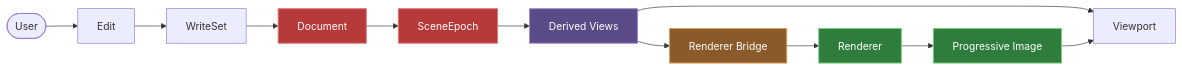
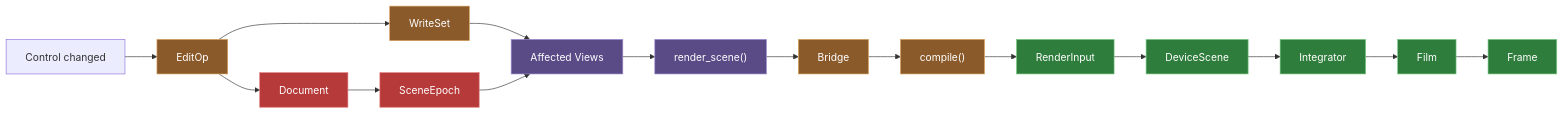
The second of 4 diagrams in README.md (nicolasgfx/Portfolio), drawn with Mermaid before and after one commit. The commit also changed other lines of this file, not shown here.

````diff
--- a/README.md
+++ b/README.md
@@ -322,18 +258,32 @@
 ```mermaid
 flowchart LR
-    User(["User"]) --> Edit["Edit"] --> WriteSet["WriteSet"] --> Document["Document"]
-    Document --> SceneEpoch["SceneEpoch"] --> Views["Derived Views"]
+    Control["Control changed"]
+    Edit["EditOp"]
+    Document["Document"]
+    WriteSet["WriteSet"]
+    Epoch["SceneEpoch"]
+    Views["Affected Views"]
+    RenderScene["render_scene()"]
+    Bridge["Bridge"]
+    Compile["compile()"]
+    Input["RenderInput"]
+    Device["DeviceScene"]
+    Integrator["Integrator"]
+    Film["Film"]
+    Frame["Frame"]
 
-    Views --> Viewport["Viewport"]
-    Views --> Bridge["Renderer Bridge"] --> Renderer["Renderer"]
-    Renderer --> Image["Progressive Image"] --> Viewport
+    Control --> Edit --> Document
+    Edit --> WriteSet --> Views
+    Document --> Epoch --> Views
+    Views --> RenderScene --> Bridge --> Compile --> Input
+    Input --> Device --> Integrator --> Film --> Frame
 
-    classDef truth fill:#b73a3a,stroke:#e07a7a,stroke-width:1.5px,color:#fff
-    classDef view fill:#5a4a86,stroke:#9d8ad0,stroke-width:1.5px,color:#fff
-    classDef bridge fill:#8a5a2b,stroke:#d8a05a,stroke-width:1.5px,color:#fff
-    classDef gpu fill:#2f7d3c,stroke:#7acb85,stroke-width:1.5px,color:#fff
-    class Document,SceneEpoch truth
-    class Views view
-    class Bridge bridge
-    class Renderer,Image gpu
+    classDef truth fill:#b73a3a,stroke:#e07a7a,color:#fff
+    classDef view fill:#5a4a86,stroke:#9d8ad0,color:#fff
+    classDef bridge fill:#8a5a2b,stroke:#d8a05a,color:#fff
+    classDef gpu fill:#2f7d3c,stroke:#7acb85,color:#fff
+    class Document,Epoch truth
+    class Views,RenderScene view
+    class Edit,WriteSet,Bridge,Compile bridge
+    class Input,Device,Integrator,Film,Frame gpu
 ```
````
